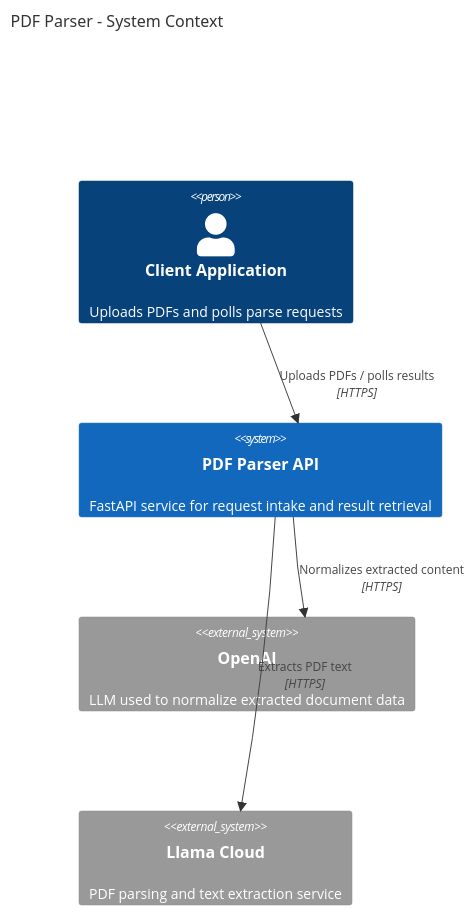
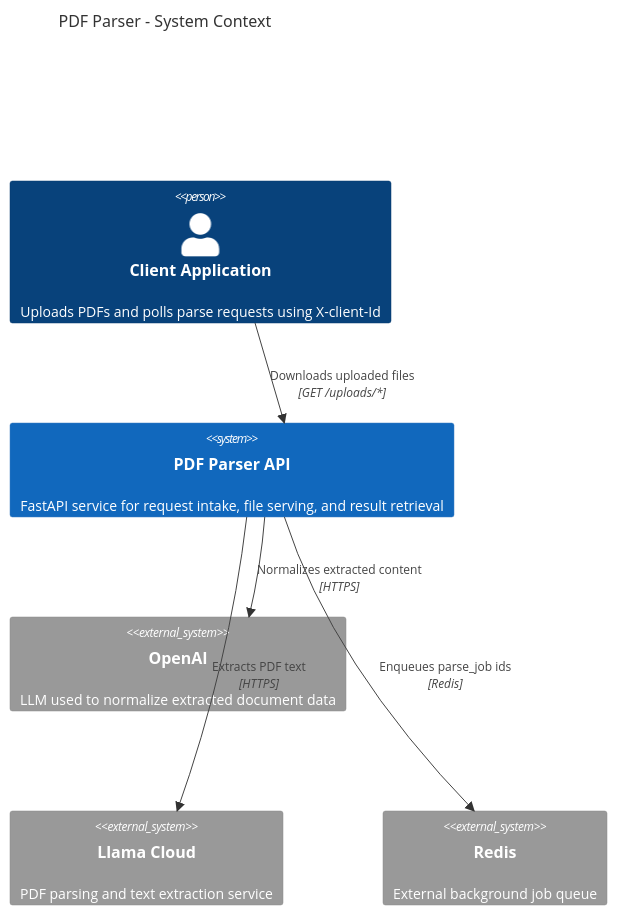
One commit to Loque18/pdf-parser changed the first of 2 diagrams in docs/architecture-c4.md. Above: the diagram before and after it, drawn with Mermaid. The commit also changed other lines of this file and 1 other file, not shown here.

````diff
--- a/docs/architecture-c4.md
+++ b/docs/architecture-c4.md
@@ -5,14 +5,17 @@
 ```mermaid
 C4Context
     title PDF Parser - System Context
 
-    Person(client, "Client Application", "Uploads PDFs and polls parse requests")
+    Person(client, "Client Application", "Uploads PDFs and polls parse requests using X-client-Id")
 
-    System(api, "PDF Parser API", "FastAPI service for request intake and result retrieval")
+    System(api, "PDF Parser API", "FastAPI service for request intake, file serving, and result retrieval")
     System_Ext(openai, "OpenAI", "LLM used to normalize extracted document data")
     System_Ext(llama, "Llama Cloud", "PDF parsing and text extraction service")
+    System_Ext(redis, "Redis", "External background job queue")
 
-    Rel(client, api, "Uploads PDFs / polls results", "HTTPS")
+    Rel(client, api, "POST /parser, GET /parser/requests, GET /parser/requests/{id}", "HTTPS + X-client-Id")
+    Rel(client, api, "Downloads uploaded files", "GET /uploads/*")
+    Rel(api, redis, "Enqueues parse_job ids", "Redis")
     Rel(api, llama, "Extracts PDF text", "HTTPS")
     Rel(api, openai, "Normalizes extracted content", "HTTPS")
 ```
````
